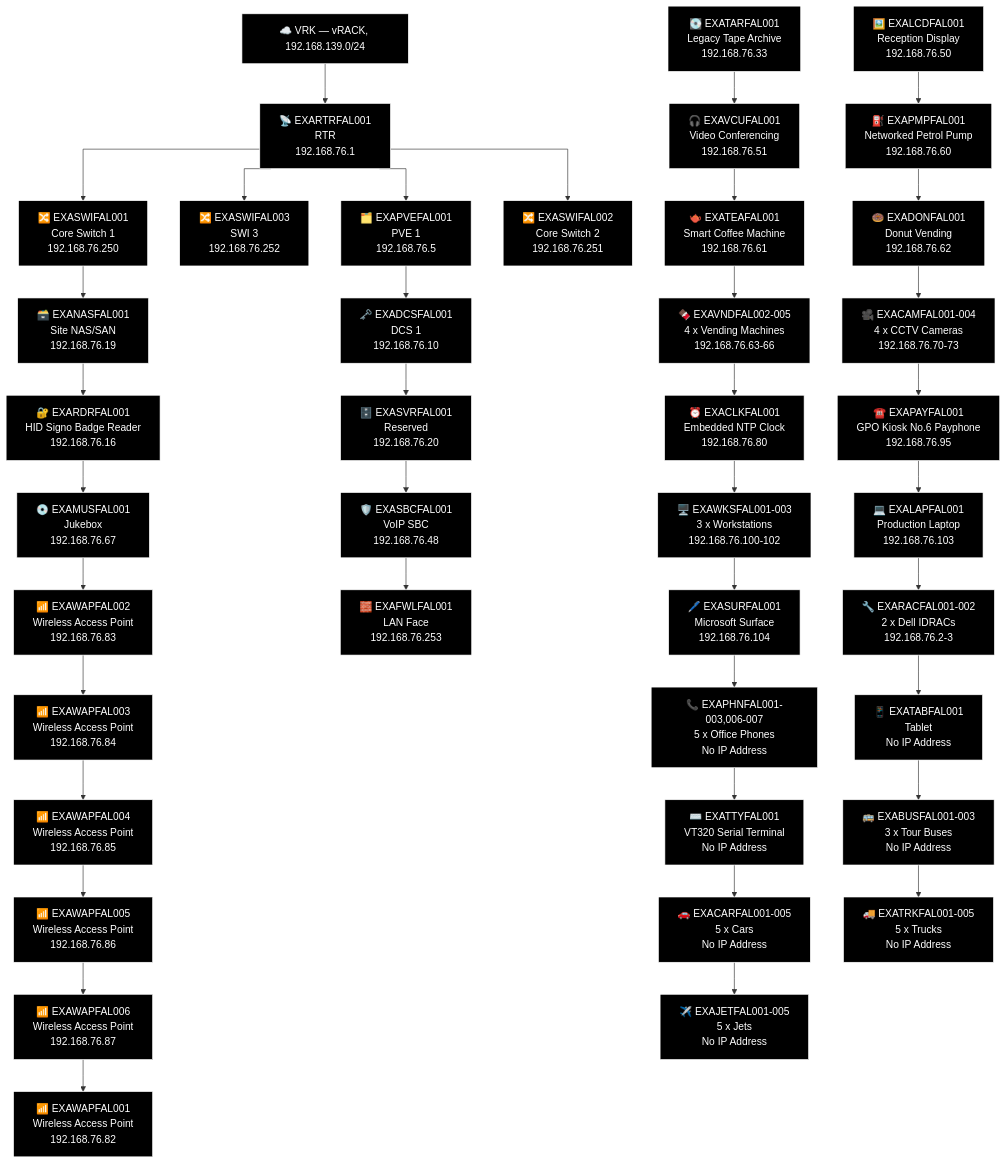
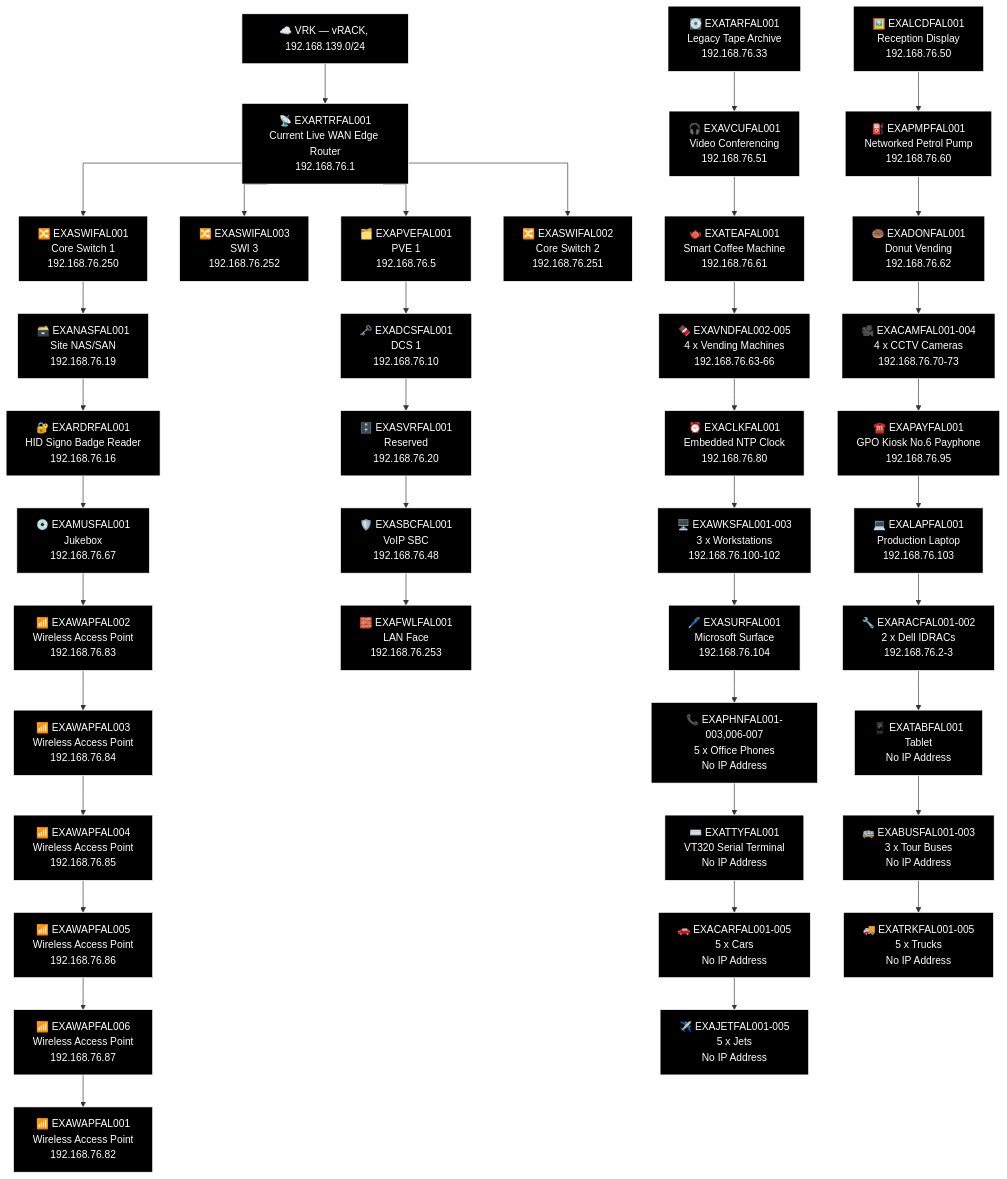
Before and after one commit to knightmare2600/example_music_infra: the third of 21 diagrams in docs/network-diagram/scotland.md, drawn with Mermaid. The commit also changed 3 other files, not shown here.

First line of the commit message:
FAL: fix EXAFWLFAL001/EXARTRFAL001 identity mixup (Robert's live correction)

```diff
--- a/docs/network-diagram/scotland.md
+++ b/docs/network-diagram/scotland.md
@@ -230,7 +230,7 @@
 %%{init: {'flowchart': {'curve': 'stepAfter'}}}%%
 graph TD
     T_VRK["☁️ VRK — vRACK, 192.168.139.0/24"]
-    T_RTR["📡 EXARTRFAL001<br/>RTR<br/>192.168.76.1"]
+    T_RTR["📡 EXARTRFAL001<br/>Current Live WAN Edge Router<br/>192.168.76.1"]
     T_VRK --> T_RTR
     T_PVE["🗂️ EXAPVEFAL001<br/>PVE 1<br/>192.168.76.5"]
     T_RTR --> T_PVE
```
